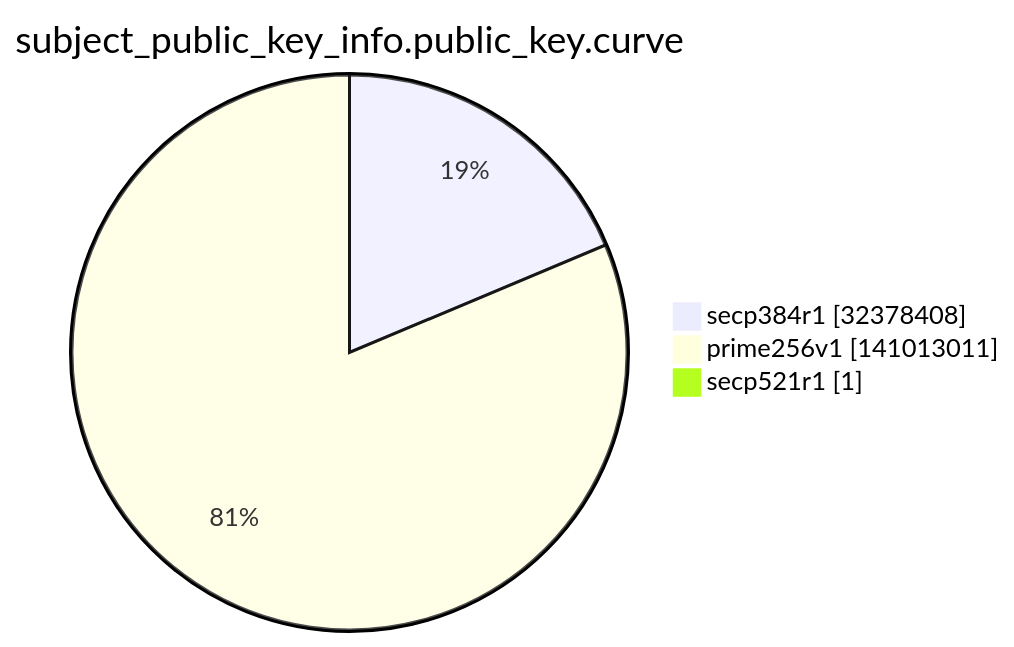
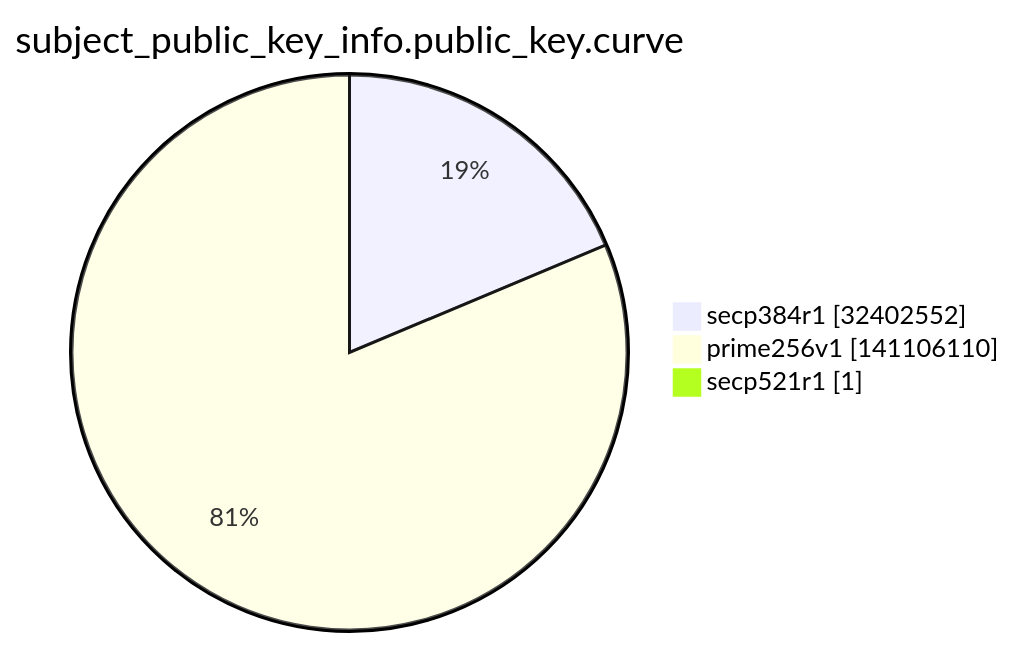
Before and after one commit to christiankrug/ctmonitor_visualization: the ninth of 15 diagrams in argon2022/README.md, drawn with Mermaid. The commit also changed other lines of this file, not shown here.

````diff
--- a/argon2022/README.md
+++ b/argon2022/README.md
@@ -2763,7 +2763,7 @@
 ```mermaid
 pie showData
 title subject_public_key_info.public_key.curve
-"secp384r1" :32378408
-"prime256v1" :141013011
+"secp384r1" :32402552
+"prime256v1" :141106110
 "secp521r1" :1
 ```
````
